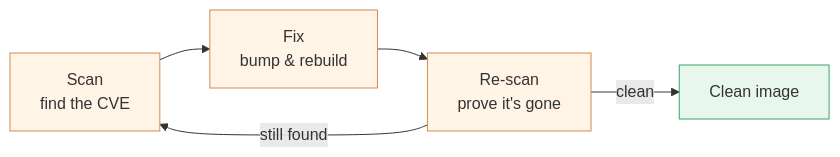
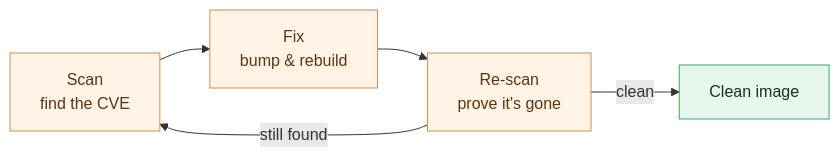
Before and after one commit to LinkedInLearning/docker-for-local-ai-app-development-build-lightweight-containerized-ai-applications-11189001: the diagram in chapter_5/l3/README.md, drawn with Mermaid. The commit also changed 25 other files, not shown here.

````diff
--- a/chapter_5/l3/README.md
+++ b/chapter_5/l3/README.md
@@ -76,12 +76,12 @@
 ```mermaid
 flowchart LR
     scan[Scan<br/>find the CVE] --> fix[Fix<br/>bump &amp; rebuild]
     fix --> rescan[Re-scan<br/>prove it's gone]
     rescan -->|still found| scan
     rescan -->|clean| done[Clean image]
 
-    classDef process fill:#fff4e6,stroke:#d28b4f,stroke-width:1px;
-    classDef good fill:#e8f7ee,stroke:#3aa667,stroke-width:1px;
+    classDef process fill:#fff4e6,stroke:#d28b4f,stroke-width:1px,color:#5c3410;
+    classDef good fill:#e8f7ee,stroke:#3aa667,stroke-width:1px,color:#12341f;
     class scan,fix,rescan process;
     class done good;
 ```
````
